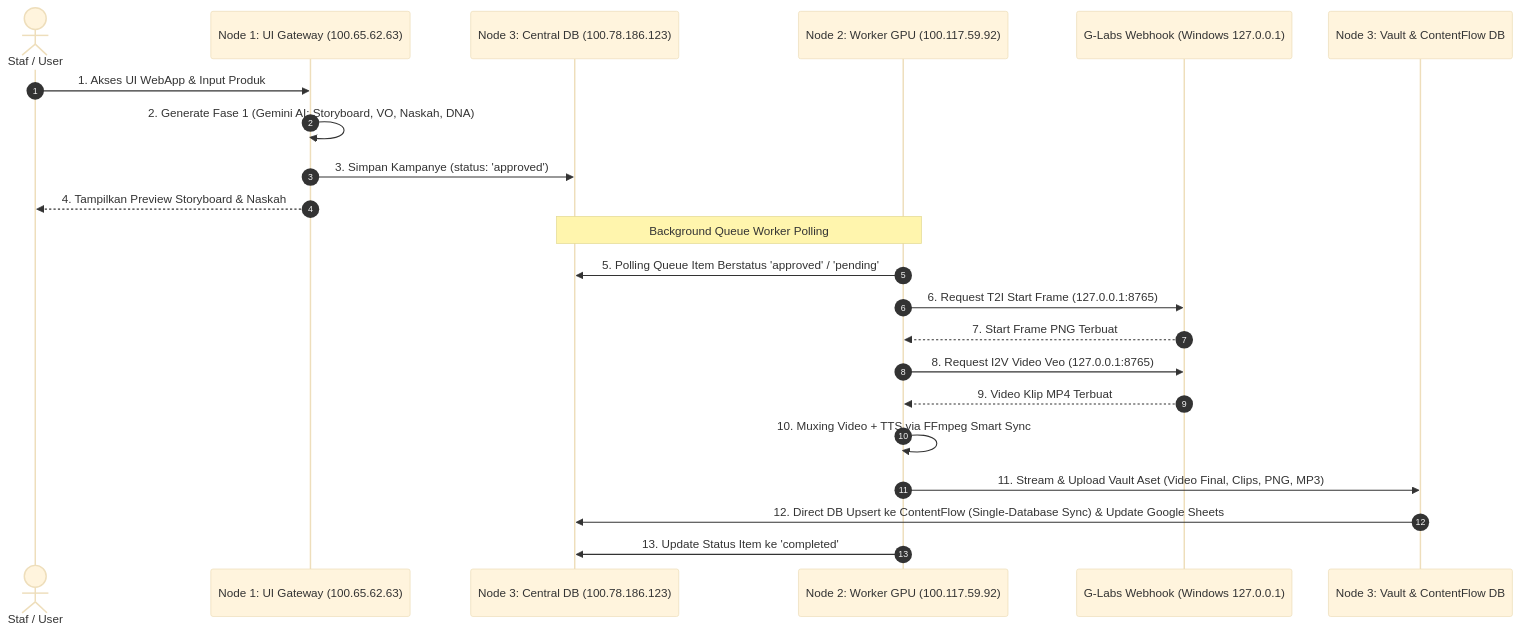
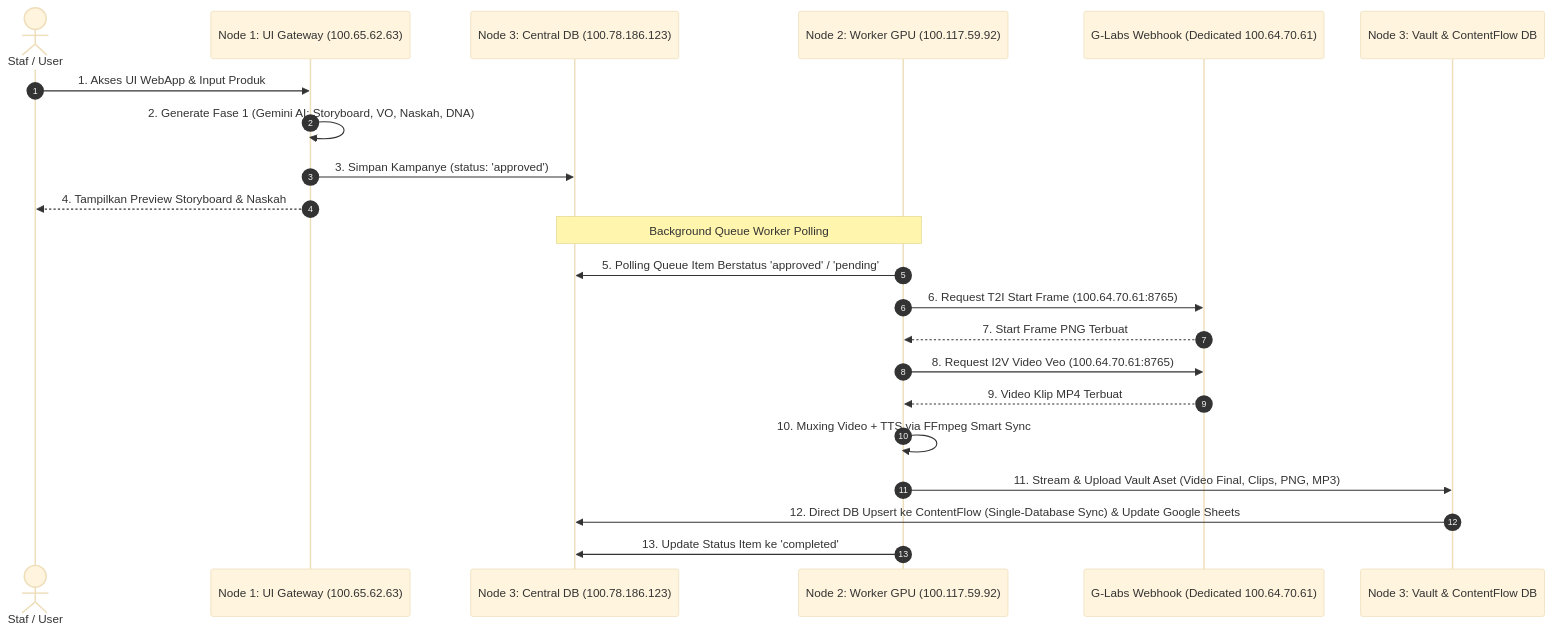
One commit to sabeq83/maknaflow changed the second of 2 diagrams in sot/global/MAKNA_FLOW_DISTRIBUTED_ARCHITECTURE_SOT.md. Above: the diagram before and after it, drawn with Mermaid (base theme). The commit also changed other lines of this file and 3 other files, not shown here.

Commit message:
release: v2.2.220 — Penyelarasan Final SOT dan SOP MAKNA Flow

````diff
--- a/sot/global/MAKNA_FLOW_DISTRIBUTED_ARCHITECTURE_SOT.md
+++ b/sot/global/MAKNA_FLOW_DISTRIBUTED_ARCHITECTURE_SOT.md
@@ -84,26 +85,26 @@
 ```mermaid
 sequenceDiagram
     autonumber
     actor Staff as Staf / User
     participant N1 as Node 1: UI Gateway (100.65.62.63)
     participant N3_DB as Node 3: Central DB (100.78.186.123)
     participant N2 as Node 2: Worker GPU (100.117.59.92)
-    participant GLabs as G-Labs Webhook (Windows 127.0.0.1)
+    participant GLabs as G-Labs Webhook (Dedicated 100.64.70.61)
     participant N3_Storage as Node 3: Vault & ContentFlow DB
 
     Staff->>N1: 1. Akses UI WebApp & Input Produk
     N1->>N1: 2. Generate Fase 1 (Gemini AI: Storyboard, VO, Naskah, DNA)
     N1->>N3_DB: 3. Simpan Kampanye (status: 'approved')
     N1-->>Staff: 4. Tampilkan Preview Storyboard & Naskah
 
     Note over N2,N3_DB: Background Queue Worker Polling
     N2->>N3_DB: 5. Polling Queue Item Berstatus 'approved' / 'pending'
-    N2->>GLabs: 6. Request T2I Start Frame (127.0.0.1:8765)
+    N2->>GLabs: 6. Request T2I Start Frame (100.64.70.61:8765)
     GLabs-->>N2: 7. Start Frame PNG Terbuat
-    N2->>GLabs: 8. Request I2V Video Veo (127.0.0.1:8765)
+    N2->>GLabs: 8. Request I2V Video Veo (100.64.70.61:8765)
     GLabs-->>N2: 9. Video Klip MP4 Terbuat
     N2->>N2: 10. Muxing Video + TTS via FFmpeg Smart Sync
     N2->>N3_Storage: 11. Stream & Upload Vault Aset (Video Final, Clips, PNG, MP3)
     N3_Storage->>N3_DB: 12. Direct DB Upsert ke ContentFlow (Single-Database Sync) & Update Google Sheets
     N2->>N3_DB: 13. Update Status Item ke 'completed'
 ```
````
